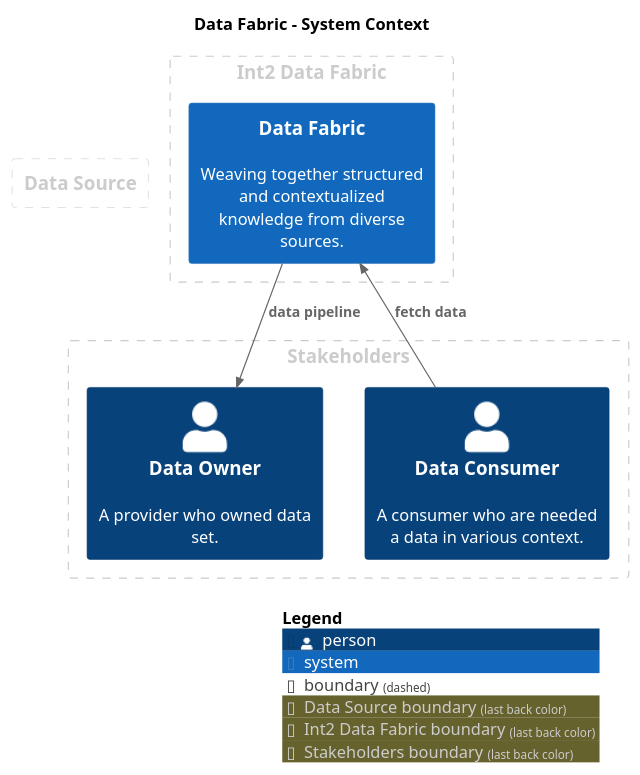
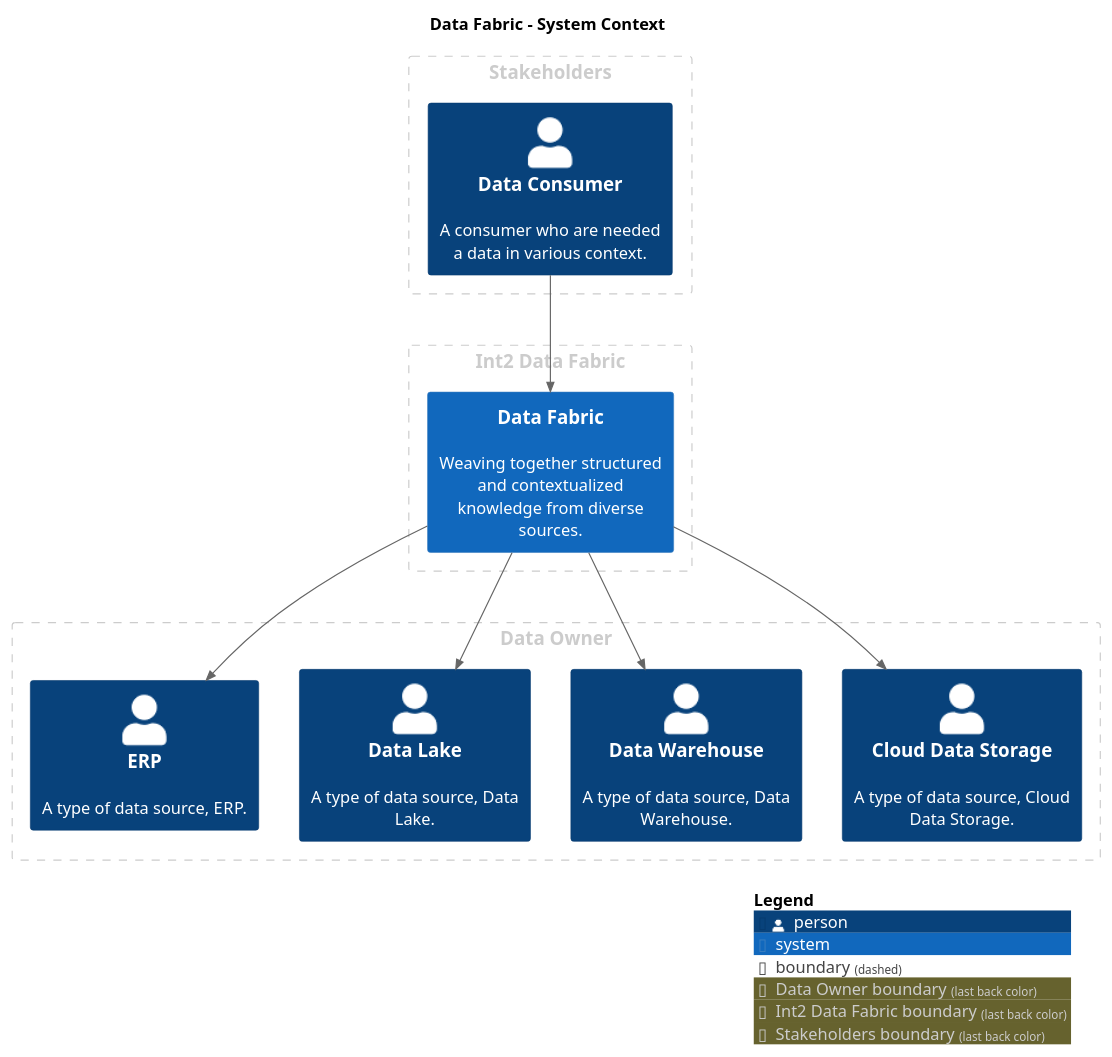
Before and after one commit to IntellectusCorp/data-fabric-docs: the diagram in puml/SystemContext-SystemContext.puml, drawn with PlantUML. The commit also changed 58 other files, not shown here.

Commit message:
Deploying to gh-pages from @ IntellectusCorp/data-fabric-docs@6fe2c705cf91e71a90d225bd5430bb5853dd053f 🚀

```diff
--- a/puml/SystemContext-SystemContext.puml
+++ b/puml/SystemContext-SystemContext.puml
@@ -1,32 +1,38 @@
 @startuml
 set separator none
 title Data Fabric - System Context
 
 top to bottom direction
 
 !include <C4/C4>
 !include <C4/C4_Context>
 
 skinparam svgDimensionStyle false
 skinparam preserveAspectRatio meet
-AddBoundaryTag("Data Source", $borderColor="#cccccc", $fontColor="#cccccc")
-Boundary(group_1, "Data Source", $tags="Data Source") {
+AddBoundaryTag("Data Owner", $borderColor="#cccccc", $fontColor="#cccccc")
+Boundary(group_1, "Data Owner", $tags="Data Owner") {
+  Person(ERP, "ERP", $descr="A type of data source, ERP.", $tags="", $link="")
+  Person(DataLake, "Data Lake", $descr="A type of data source, Data Lake.", $tags="", $link="")
+  Person(DataWarehouse, "Data Warehouse", $descr="A type of data source, Data Warehouse.", $tags="", $link="")
+  Person(CloudDataStorage, "Cloud Data Storage", $descr="A type of data source, Cloud Data Storage.", $tags="", $link="")
 }
 
 AddBoundaryTag("Int2 Data Fabric", $borderColor="#cccccc", $fontColor="#cccccc")
 Boundary(group_2, "Int2 Data Fabric", $tags="Int2 Data Fabric") {
   System(DataFabric, "Data Fabric", $descr="Weaving together structured and contextualized knowledge from diverse sources.", $tags="", $link="../container/")
 }
 
 AddBoundaryTag("Stakeholders", $borderColor="#cccccc", $fontColor="#cccccc")
 Boundary(group_3, "Stakeholders", $tags="Stakeholders") {
   Person(DataConsumer, "Data Consumer", $descr="A consumer who are needed a data in various context.", $tags="", $link="")
-  Person(DataOwner, "Data Owner", $descr="A provider who owned data set.", $tags="", $link="")
 }
 
 
-Rel_D(DataConsumer, DataFabric, "fetch data", $techn="", $tags="", $link="")
-Rel_D(DataFabric, DataOwner, "data pipeline", $techn="", $tags="", $link="")
+Rel_D(DataConsumer, DataFabric, "", $techn="", $tags="", $link="")
+Rel_D(DataFabric, ERP, "", $techn="", $tags="", $link="")
+Rel_D(DataFabric, DataLake, "", $techn="", $tags="", $link="")
+Rel_D(DataFabric, DataWarehouse, "", $techn="", $tags="", $link="")
+Rel_D(DataFabric, CloudDataStorage, "", $techn="", $tags="", $link="")
 
 SHOW_LEGEND(true)
 @enduml
```
